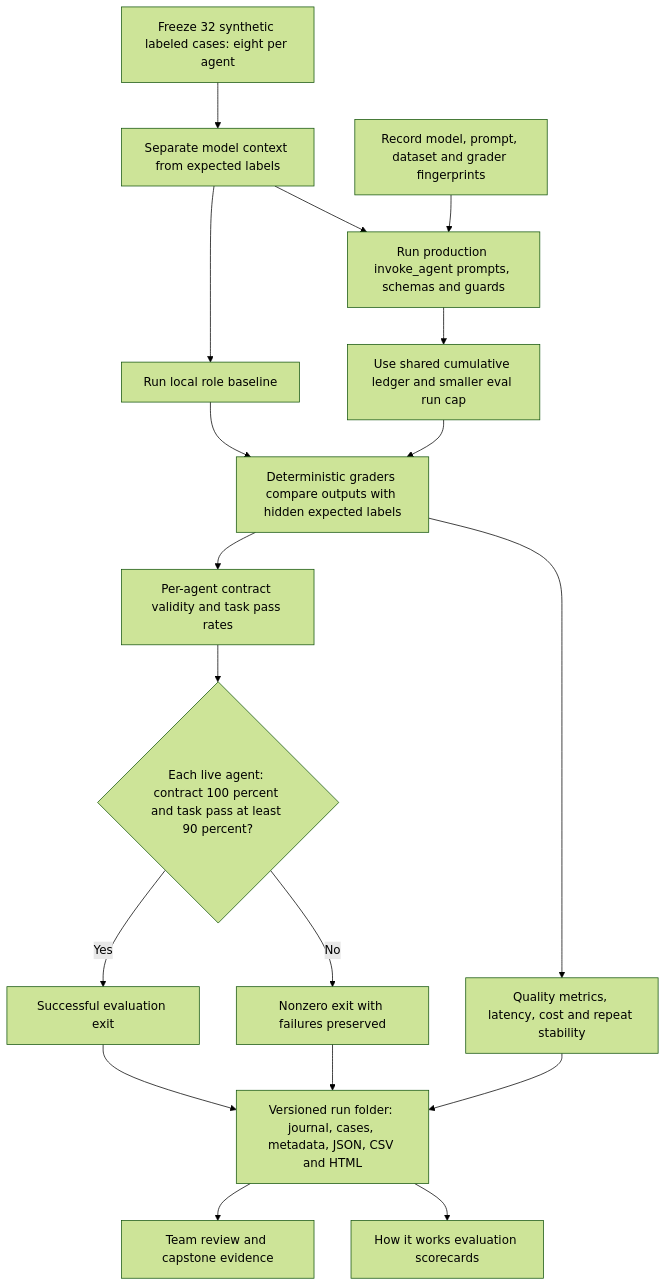
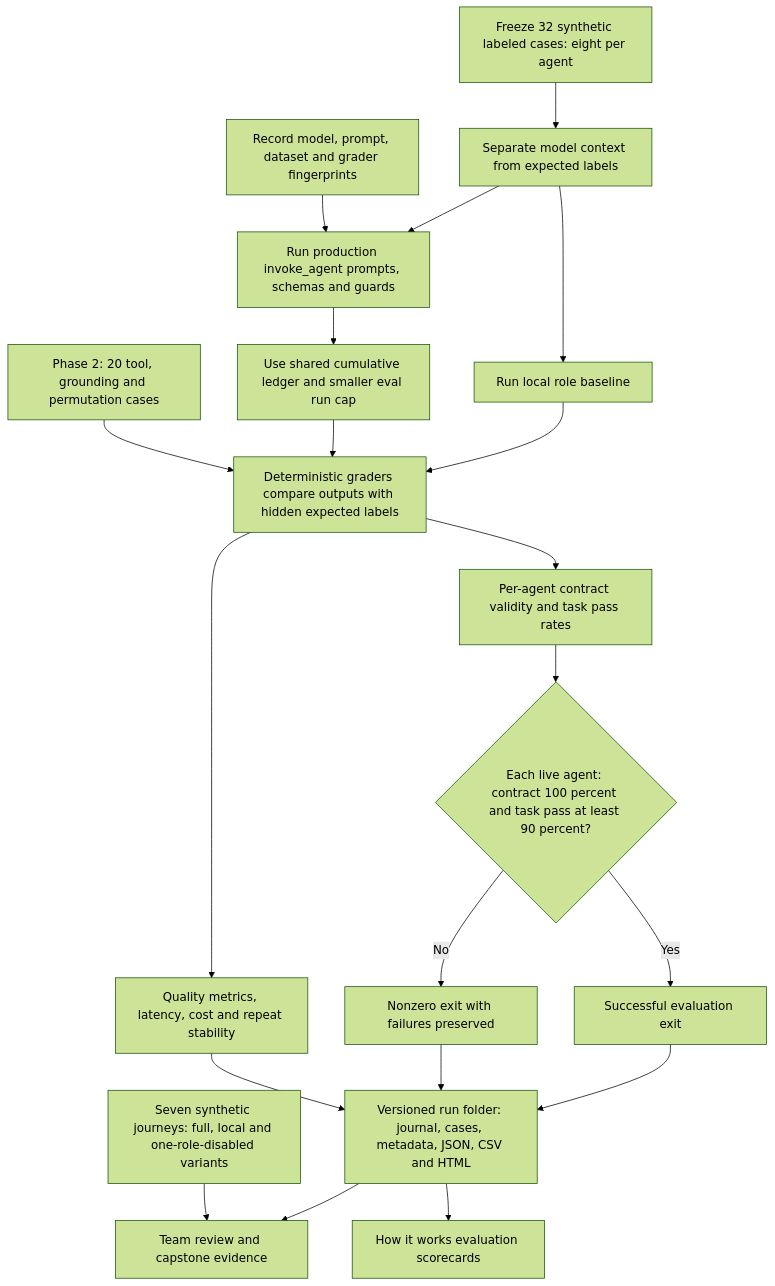
The diagram in docs/diagrams/08-evaluation-and-course-evidence.mmd (vineelad/equalstart), drawn with Mermaid (forest theme) before and after one commit. The commit also changed 107 other files, not shown here.

```diff
--- a/docs/diagrams/08-evaluation-and-course-evidence.mmd
+++ b/docs/diagrams/08-evaluation-and-course-evidence.mmd
@@ -1,18 +1,20 @@
 flowchart TD
     CASES[Freeze 32 synthetic labeled cases: eight per agent] --> SPLIT[Separate model context from expected labels]
     SPLIT --> BASE[Run local role baseline]
     SPLIT --> LIVE[Run production invoke_agent prompts, schemas and guards]
     CONFIG[Record model, prompt, dataset and grader fingerprints] --> LIVE
     LIVE --> BUDGET[Use shared cumulative ledger and smaller eval run cap]
     BASE --> GRADE[Deterministic graders compare outputs with hidden expected labels]
     BUDGET --> GRADE
     GRADE --> METRICS[Per-agent contract validity and task pass rates]
     GRADE --> DIAG[Quality metrics, latency, cost and repeat stability]
     METRICS --> GATE{Each live agent: contract 100 percent and task pass at least 90 percent?}
     GATE -->|Yes| PASS[Successful evaluation exit]
     GATE -->|No| FAIL[Nonzero exit with failures preserved]
     PASS --> REPORT[Versioned run folder: journal, cases, metadata, JSON, CSV and HTML]
     FAIL --> REPORT
     DIAG --> REPORT
     REPORT --> TEAM[Team review and capstone evidence]
     REPORT --> APP[How it works evaluation scorecards]
+    NEW[Phase 2: 20 tool, grounding and permutation cases] --> GRADE
+    JOURNEY[Seven synthetic journeys: full, local and one-role-disabled variants] --> TEAM
```
